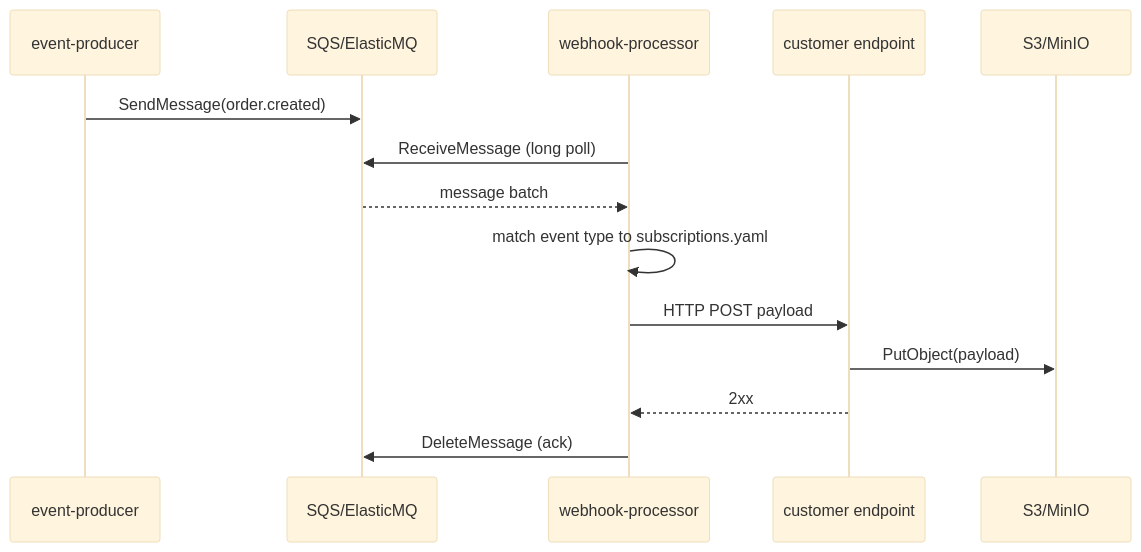
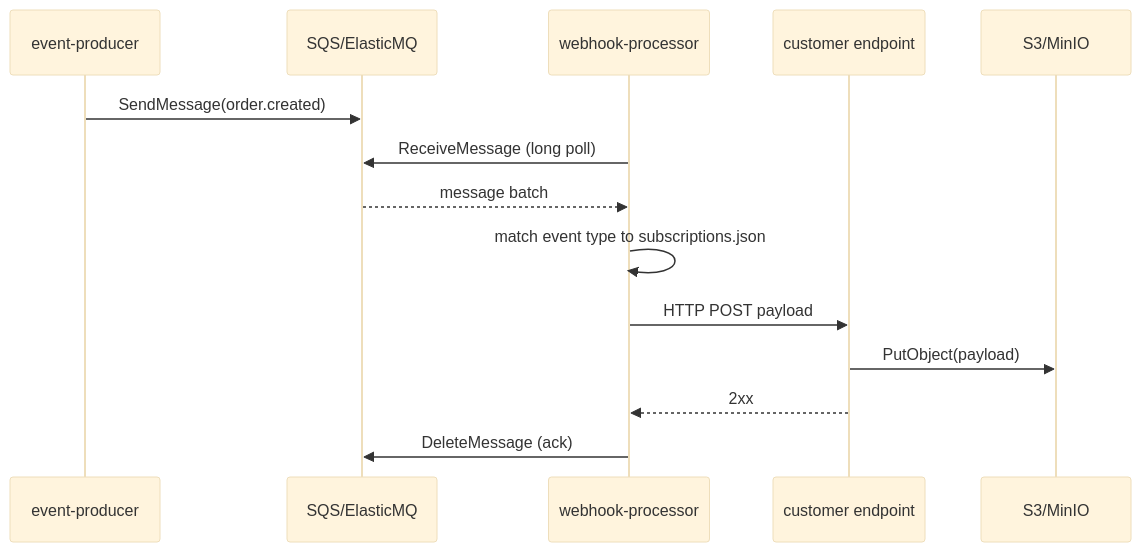
One commit to dev-khalid/hookwave changed the second of 2 diagrams in docs/Architecture.md. Above: the diagram before and after it, drawn with Mermaid (base theme). The commit also changed other lines of this file and 15 other files, not shown here.

````diff
--- a/docs/Architecture.md
+++ b/docs/Architecture.md
@@ -44,16 +44,16 @@
 ```mermaid
 sequenceDiagram
   participant P as event-producer
   participant Q as SQS/ElasticMQ
   participant W as webhook-processor
   participant C as customer endpoint
   participant S as S3/MinIO
   P->>Q: SendMessage(order.created)
   W->>Q: ReceiveMessage (long poll)
   Q-->>W: message batch
-  W->>W: match event type to subscriptions.yaml
+  W->>W: match event type to subscriptions.json
   W->>C: HTTP POST payload
   C->>S: PutObject(payload)
   C-->>W: 2xx
   W->>Q: DeleteMessage (ack)
 ```
````
